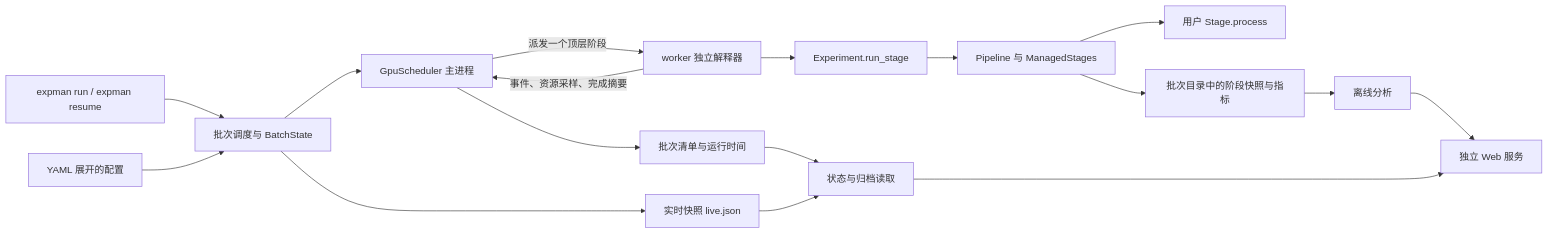
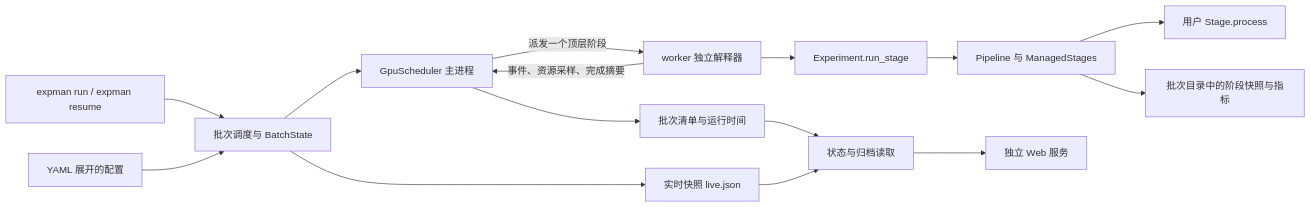
Before and after one commit to xuEZer/expman: the diagram in DESIGN.md, drawn with Mermaid. The commit also changed other lines of this file and 9 other files, not shown here.

````diff
--- a/DESIGN.md
+++ b/DESIGN.md
@@ -9,19 +9,17 @@
 ```mermaid
 flowchart LR
     CLI["expman run / expman resume"] --> B["批次调度与 BatchState"]
     CFG["YAML 展开的配置"] --> B
     B --> G["GpuScheduler 主进程"]
     G -->|派发一个顶层阶段| W["worker 独立解释器"]
     W --> E["Experiment.run_stage"]
     E --> P["Pipeline 与 ManagedStages"]
     P --> U["用户 Stage.process"]
     W -->|事件、资源采样、完成摘要| G
     P --> D["批次目录中的阶段快照与指标"]
     G --> M["批次清单与运行时间"]
     B --> L["实时快照 live.json"]
-    D --> A["离线分析"]
     M --> V["状态与归档读取"]
     L --> V
-    A --> UI["独立 Web 服务"]
-    V --> UI
+    V --> UI["独立 Web 服务"]
 ```
````
